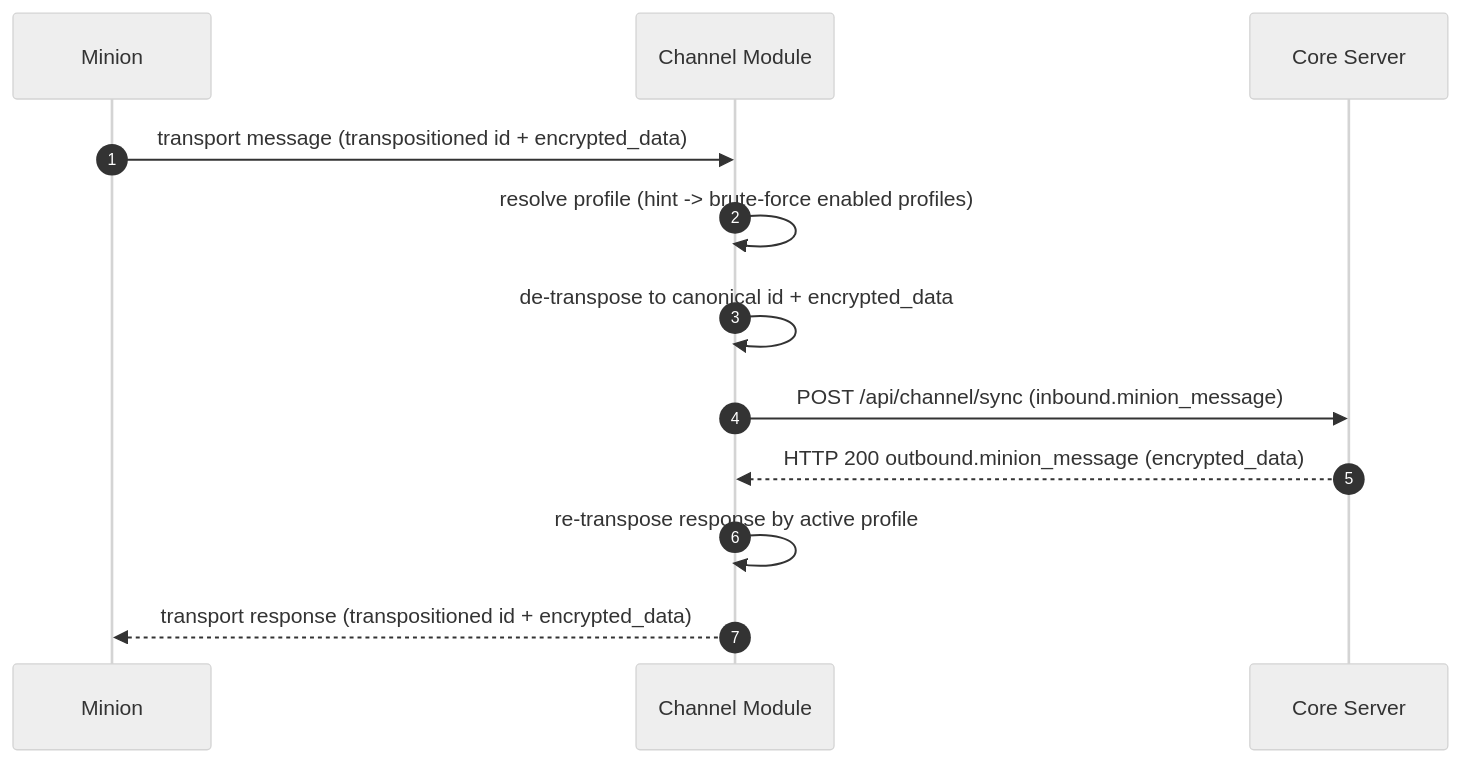
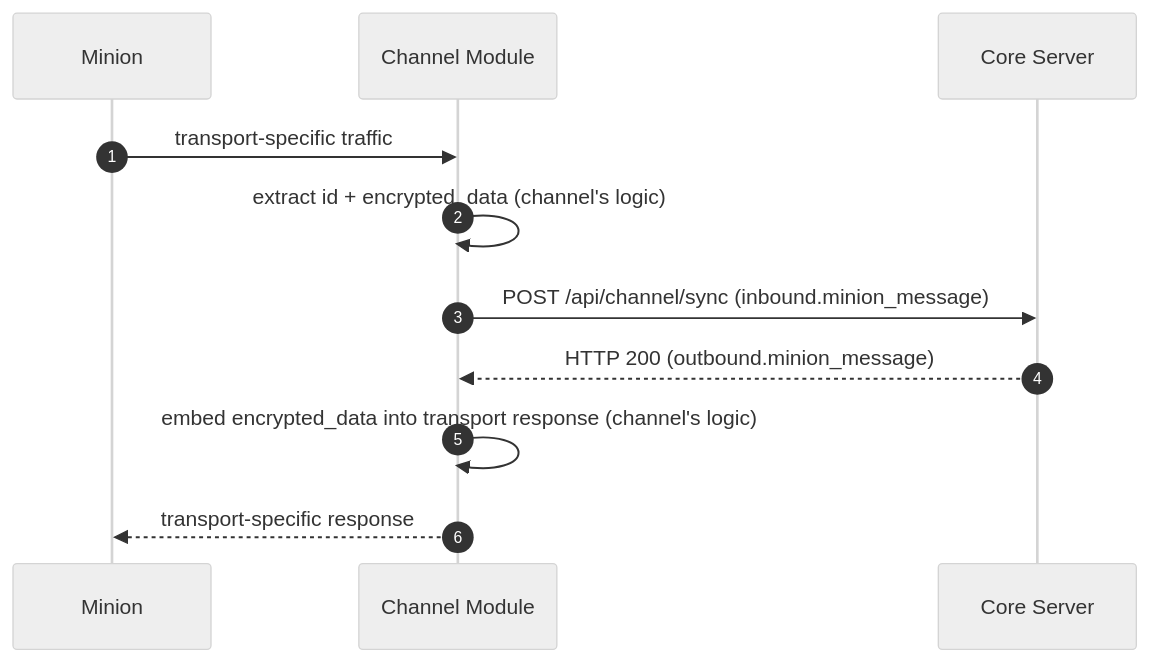
The diagram in src/content/docs/message-flow.md (LogosCore/logos-docs), drawn with Mermaid (neutral theme) before and after one commit. The commit also changed other lines of this file and 22 other files, not shown here.

````diff
--- a/src/content/docs/message-flow.md
+++ b/src/content/docs/message-flow.md
@@ -11,15 +20,14 @@
 ```mermaid
 sequenceDiagram
     autonumber
     participant I as Minion
     participant CH as Channel Module
     participant CS as Core Server
 
-    I->>CH: transport message (transpositioned id + encrypted_data)
-    CH->>CH: resolve profile (hint -> brute-force enabled profiles)
-    CH->>CH: de-transpose to canonical id + encrypted_data
+    I->>CH: transport-specific traffic
+    CH->>CH: extract id + encrypted_data (channel's logic)
     CH->>CS: POST /api/channel/sync (inbound.minion_message)
-    CS-->>CH: HTTP 200 outbound.minion_message (encrypted_data)
-    CH->>CH: re-transpose response by active profile
-    CH-->>I: transport response (transpositioned id + encrypted_data)
+    CS-->>CH: HTTP 200 (outbound.minion_message)
+    CH->>CH: embed encrypted_data into transport response (channel's logic)
+    CH-->>I: transport-specific response
 ```
````
